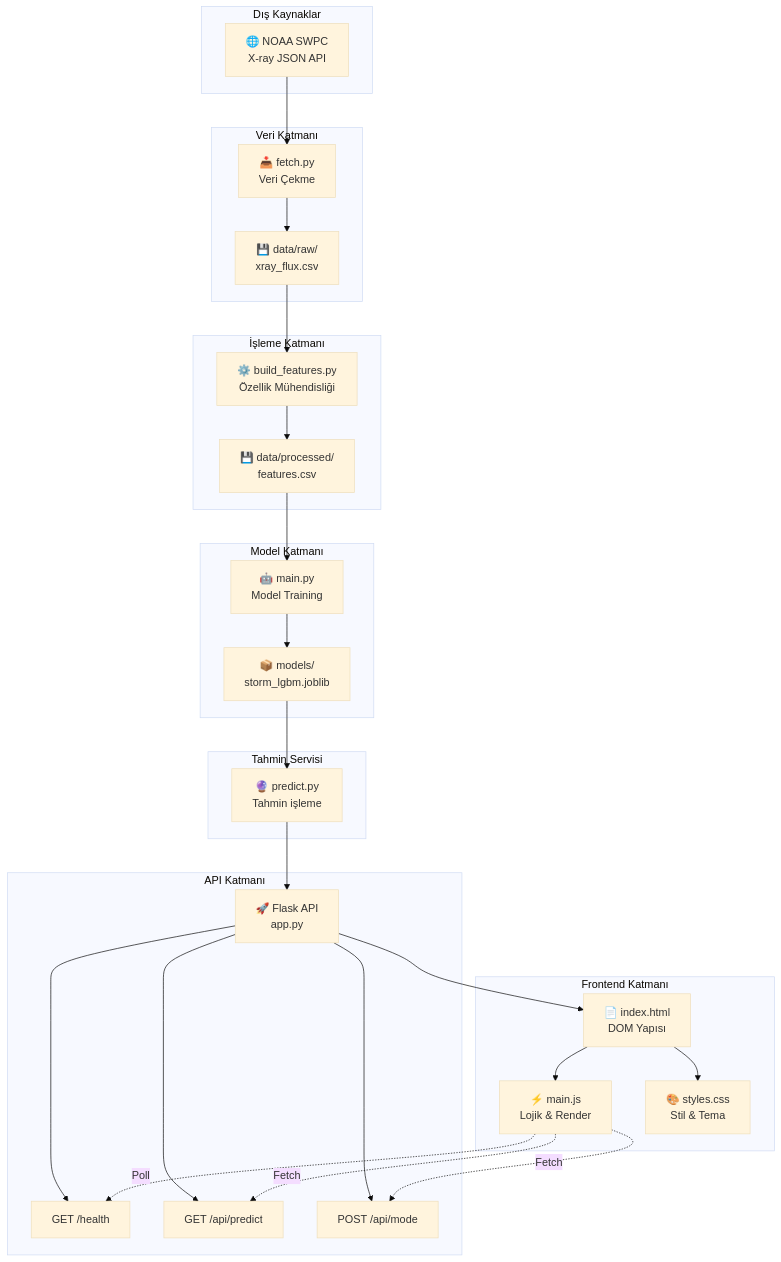
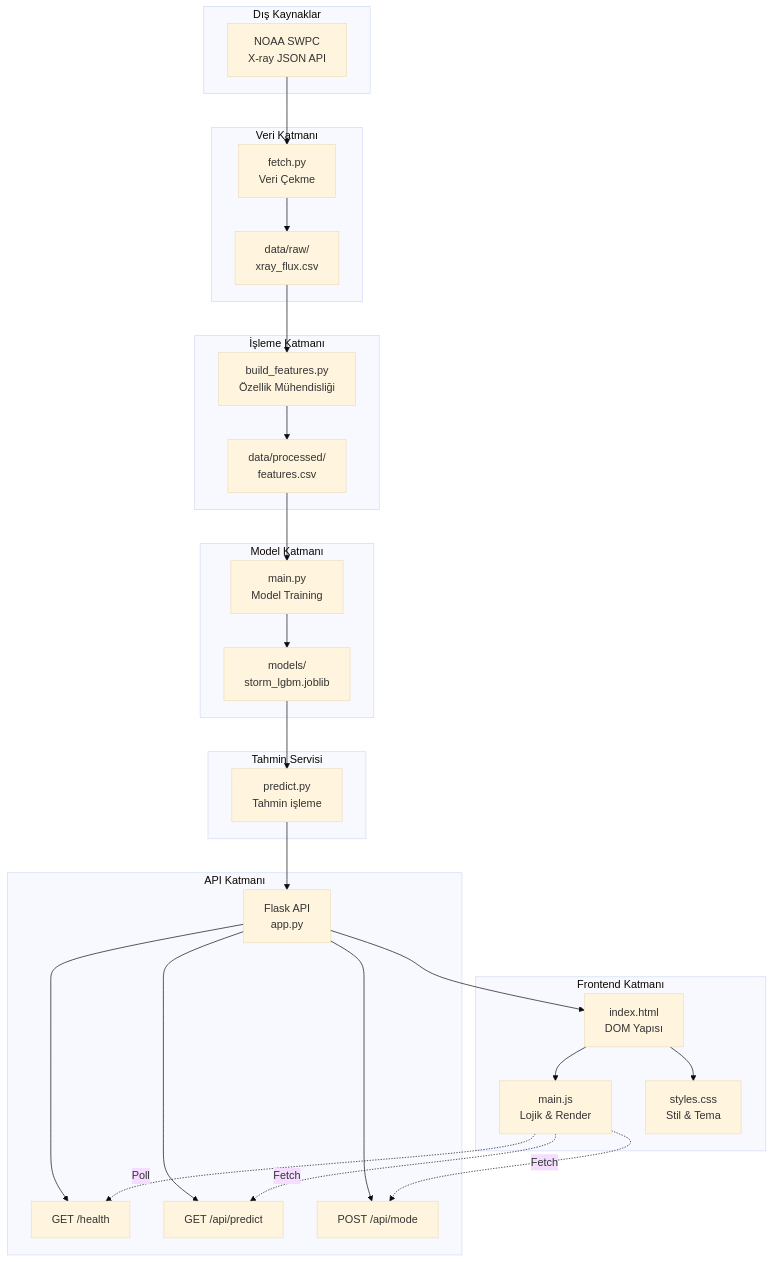
One commit to Hisimsek1/Perihelion.AI changed the first of 12 diagrams in docs/ARCHITECTURE.md. Above: the diagram before and after it, drawn with Mermaid (base theme). The commit also changed other lines of this file, not shown here.

Commit message:
Remove emojis from architecture diagrams for cleaner documentation

````diff
--- a/docs/ARCHITECTURE.md
+++ b/docs/ARCHITECTURE.md
@@ -9,56 +9,56 @@
 ```mermaid
 graph TB
     subgraph External["Dış Kaynaklar"]
-        NOAA["🌐 NOAA SWPC<br/>X-ray JSON API"]
+        NOAA["NOAA SWPC<br/>X-ray JSON API"]
     end
     
     subgraph DataLayer["Veri Katmanı"]
-        Fetch["📥 fetch.py<br/>Veri Çekme"]
-        RawData["💾 data/raw/<br/>xray_flux.csv"]
+        Fetch["fetch.py<br/>Veri Çekme"]
+        RawData["data/raw/<br/>xray_flux.csv"]
     end
     
     subgraph ProcessingLayer["İşleme Katmanı"]
-        Features["⚙️ build_features.py<br/>Özellik Mühendisliği"]
-        ProcessedData["💾 data/processed/<br/>features.csv"]
+        Features["build_features.py<br/>Özellik Mühendisliği"]
+        ProcessedData["data/processed/<br/>features.csv"]
     end
     
     subgraph ModelLayer["Model Katmanı"]
-        Train["🤖 main.py<br/>Model Training"]
-        Model["📦 models/<br/>storm_lgbm.joblib"]
+        Train["main.py<br/>Model Training"]
+        Model["models/<br/>storm_lgbm.joblib"]
     end
     
     subgraph PredictionLayer["Tahmin Servisi"]
-        PredictModule["🔮 predict.py<br/>Tahmin işleme"]
+        PredictModule["predict.py<br/>Tahmin işleme"]
     end
     
     subgraph APILayer["API Katmanı"]
-        API["🚀 Flask API<br/>app.py"]
+        API["Flask API<br/>app.py"]
         Health["GET /health"]
         Predict["GET /api/predict"]
         Mode["POST /api/mode"]
     end
     
     subgraph FrontendLayer["Frontend Katmanı"]
-        HTML["📄 index.html<br/>DOM Yapısı"]
-        JS["⚡ main.js<br/>Lojik & Render"]
-        CSS["🎨 styles.css<br/>Stil & Tema"]
+        HTML["index.html<br/>DOM Yapısı"]
+        JS["main.js<br/>Lojik & Render"]
+        CSS["styles.css<br/>Stil & Tema"]
     end
     
     NOAA --> Fetch
     Fetch --> RawData
     RawData --> Features
     Features --> ProcessedData
     ProcessedData --> Train
     Train --> Model
     Model --> PredictModule
     PredictModule --> API
     API --> Health
     API --> Predict
     API --> Mode
     API --> HTML
     HTML --> JS
     HTML --> CSS
     JS -.->|Fetch| Predict
     JS -.->|Fetch| Mode
     JS -.->|Poll| Health
 ```
````
